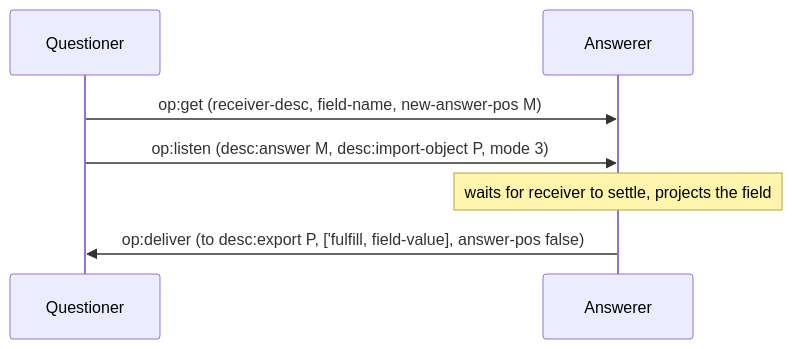
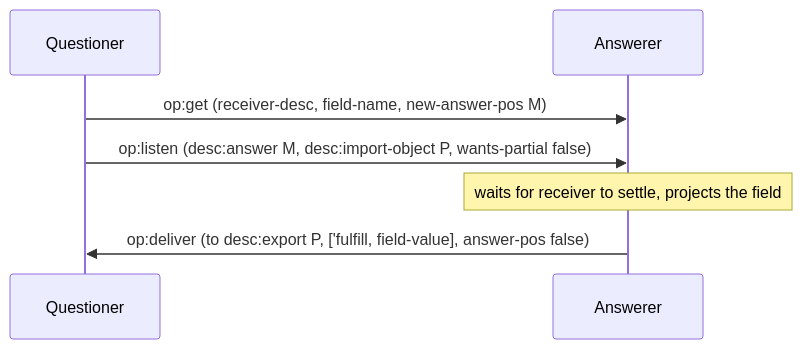
One commit to glowcap-org/glowcap changed the sixth of 7 diagrams in docs/protocol-diagrams/02-deliver-and-resolve.md. Above: the diagram before and after it, drawn with Mermaid. The commit also changed other lines of this file and 371 other files, not shown here.

````diff
--- a/docs/protocol-diagrams/02-deliver-and-resolve.md
+++ b/docs/protocol-diagrams/02-deliver-and-resolve.md
@@ -103,9 +101,9 @@
 ```mermaid
 sequenceDiagram
     participant Q as Questioner
     participant R as Answerer
     Q->>R: op:get (receiver-desc, field-name, new-answer-pos M)
-    Q->>R: op:listen (desc:answer M, desc:import-object P, mode 3)
+    Q->>R: op:listen (desc:answer M, desc:import-object P, wants-partial false)
     Note over R: waits for receiver to settle, projects the field
     R->>Q: op:deliver (to desc:export P, ['fulfill, field-value], answer-pos false)
 ```
````
